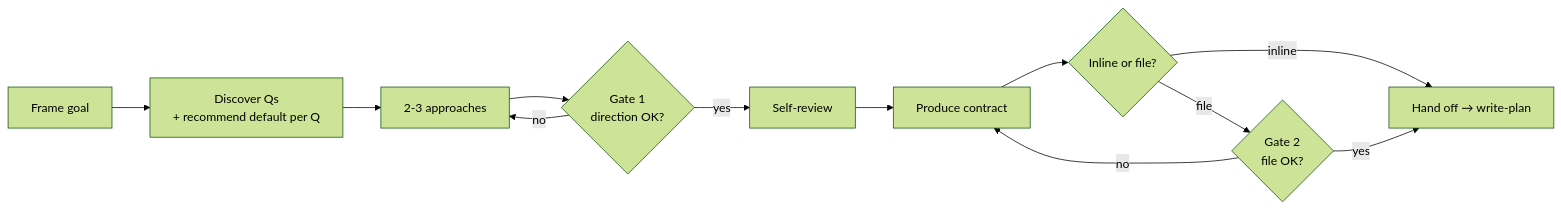
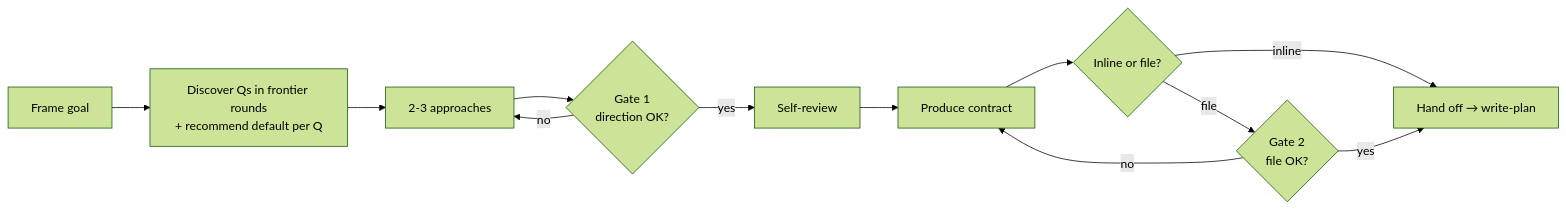
The diagram in core/skills/write-spec/SKILL.md (nuttaruj/rolepod), drawn with Mermaid (forest theme) before and after one commit. The commit also changed other lines of this file and 27 other files, not shown here.

````diff
--- a/core/skills/write-spec/SKILL.md
+++ b/core/skills/write-spec/SKILL.md
@@ -62,14 +62,14 @@
 ```mermaid
 flowchart LR
-  A[Frame goal] --> B[Discover Qs<br/>+ recommend default per Q]
+  A[Frame goal] --> B[Discover Qs in frontier rounds<br/>+ recommend default per Q]
   B --> C[2-3 approaches]
   C --> D{Gate 1<br/>direction OK?}
   D -- no --> C
   D -- yes --> E[Self-review]
   E --> F[Produce contract]
   F --> G{Inline or file?}
   G -- inline --> Z[Hand off → write-plan]
   G -- file --> H{Gate 2<br/>file OK?}
   H -- no --> F
   H -- yes --> Z
 ```
````
